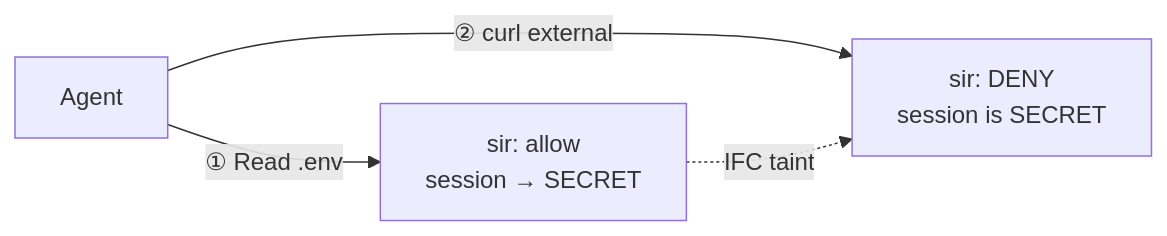
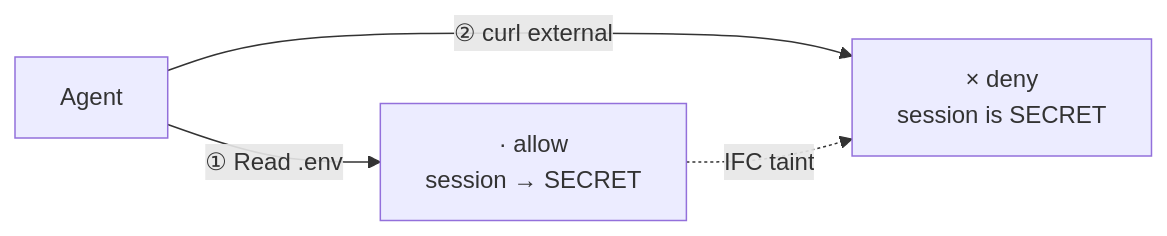
The diagram in README.md (somoore/sir), drawn with Mermaid before and after one commit. The commit also changed 2 other files, not shown here.

Commit message:
docs: update verdict glyph references across user-facing docs (#162)
Replace bare allow/deny/ask with the verdict glyph format (· allow,
? ask, × deny) in README mermaid diagram and expected-result sections
of security-verification-guide.md and runtime-security-overview.md.

````diff
--- a/README.md
+++ b/README.md
@@ -32,6 +32,6 @@
 ```mermaid
 flowchart LR
-    A[Agent] -->|① Read .env| S1["sir: allow<br/>session → SECRET"]
-    A -->|② curl external| S2["sir: DENY<br/>session is SECRET"]
+    A[Agent] -->|① Read .env| S1["· allow<br/>session → SECRET"]
+    A -->|② curl external| S2["× deny<br/>session is SECRET"]
     S1 -. IFC taint .-> S2
 ```
````
